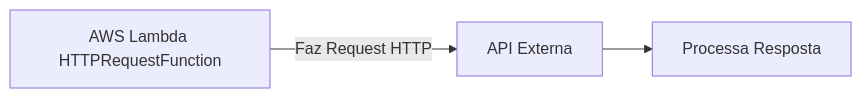
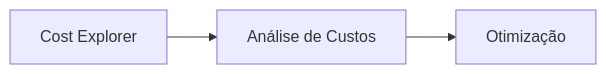
Before and after one commit to lvgalvao/data-engineering-roadmap: the third of 5 diagrams in Bootcamp - Cloud para dados/Aula_10/README.md, drawn with Mermaid. The commit also changed other lines of this file and 1 other file, not shown here.

Commit message:
aws cost explorer

````diff
--- a/Bootcamp - Cloud para dados/Aula_10/README.md
+++ b/Bootcamp - Cloud para dados/Aula_10/README.md
@@ -162,5 +114,5 @@
    ```mermaid
    graph LR
-       Lambda3[AWS Lambda HTTPRequestFunction] -->|Faz Request HTTP| API[API Externa]
-       API --> Process3[Processa Resposta]
+       CostExplorer[Cost Explorer] --> Analysis[Análise de Custos]
+       Analysis --> Optimization[Otimização]
    ```
````
